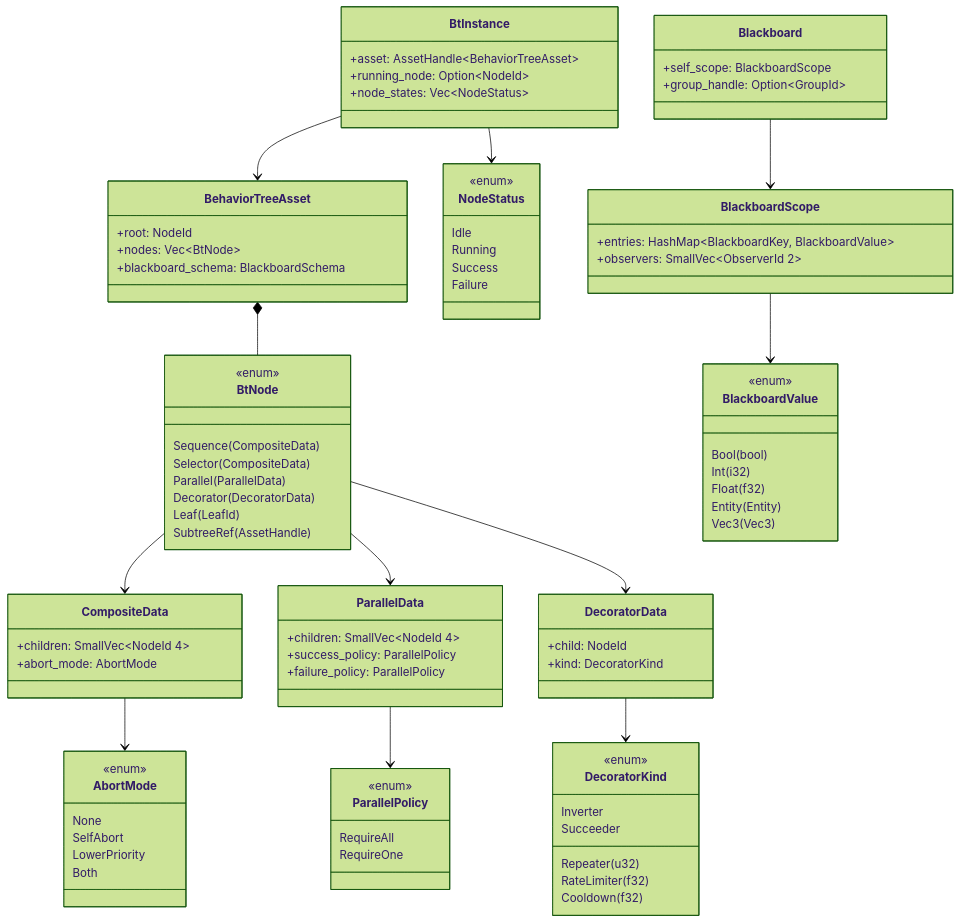
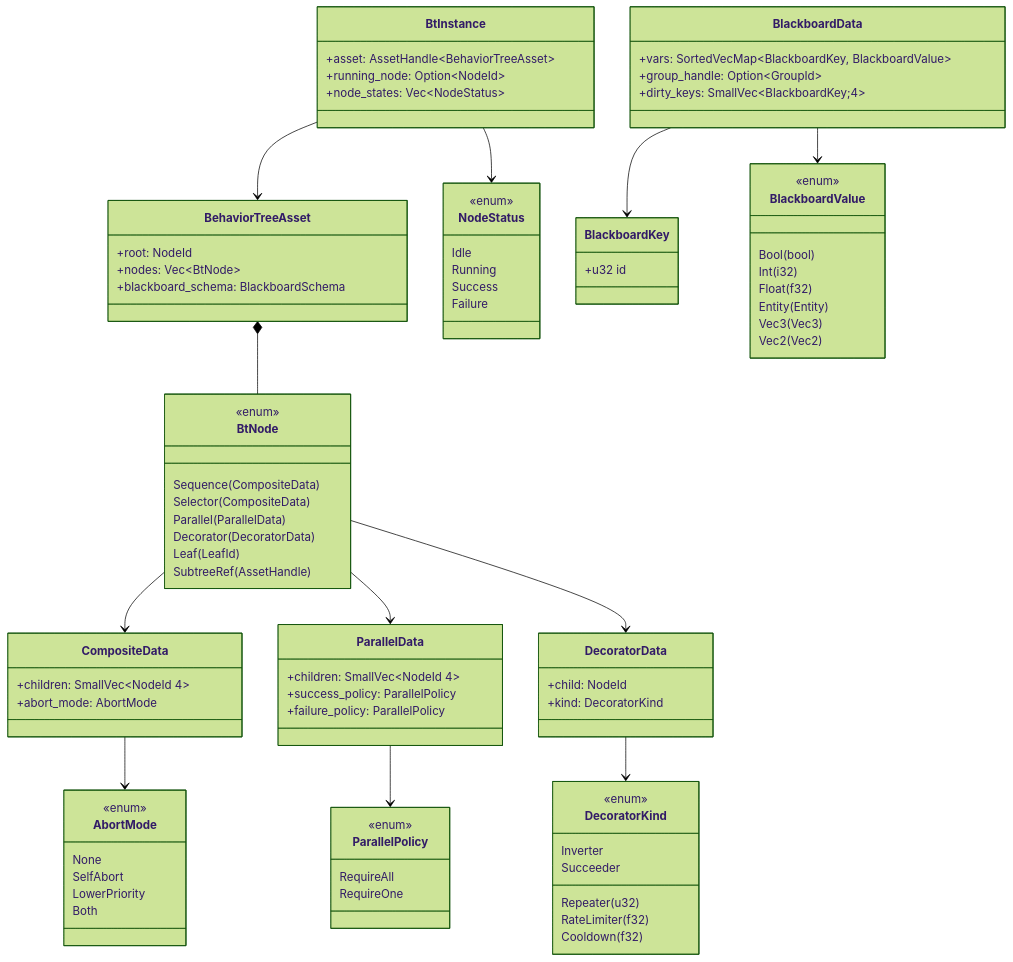
The second of 8 diagrams in docs/design/ai/behavior.md (harmonius-dev/harmonius), drawn with Mermaid (forest theme) before and after one commit. The commit also changed other lines of this file and 143 other files, not shown here.

````diff
--- a/docs/design/ai/behavior.md
+++ b/docs/design/ai/behavior.md
@@ -261,14 +272,14 @@
         +node_states: Vec~NodeStatus~
     }
 
-    class Blackboard {
-        +self_scope: BlackboardScope
+    class BlackboardData {
+        +vars: SortedVecMap~BlackboardKey, BlackboardValue~
         +group_handle: Option~GroupId~
+        +dirty_keys: SmallVec~BlackboardKey;4~
     }
 
-    class BlackboardScope {
-        +entries: HashMap~BlackboardKey, BlackboardValue~
-        +observers: SmallVec~ObserverId 2~
+    class BlackboardKey {
+        +u32 id
     }
 
     class BlackboardValue {
@@ -278,6 +289,7 @@
         Float(f32)
         Entity(Entity)
         Vec3(Vec3)
+        Vec2(Vec2)
     }
 
     class NodeStatus {
@@ -297,6 +309,6 @@
     DecoratorData --> DecoratorKind
     BtInstance --> BehaviorTreeAsset
     BtInstance --> NodeStatus
-    Blackboard --> BlackboardScope
-    BlackboardScope --> BlackboardValue
+    BlackboardData --> BlackboardKey
+    BlackboardData --> BlackboardValue
 ```
````
